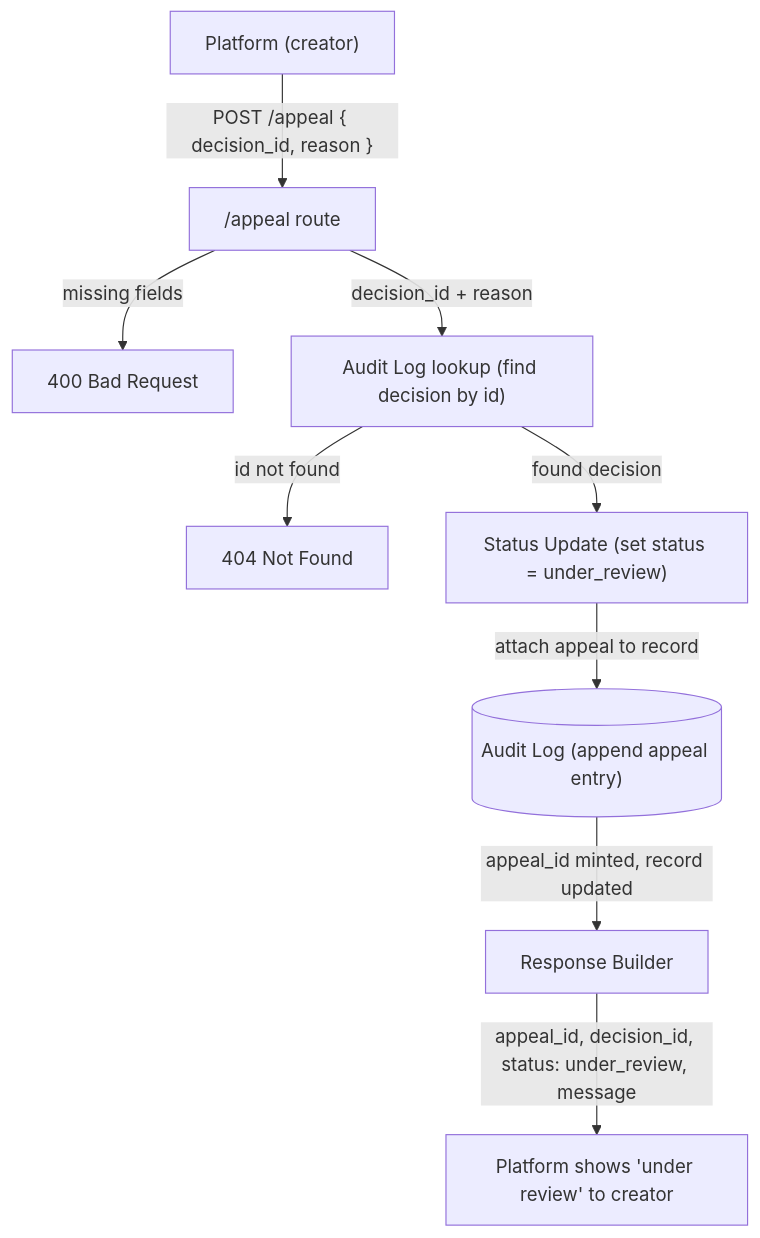
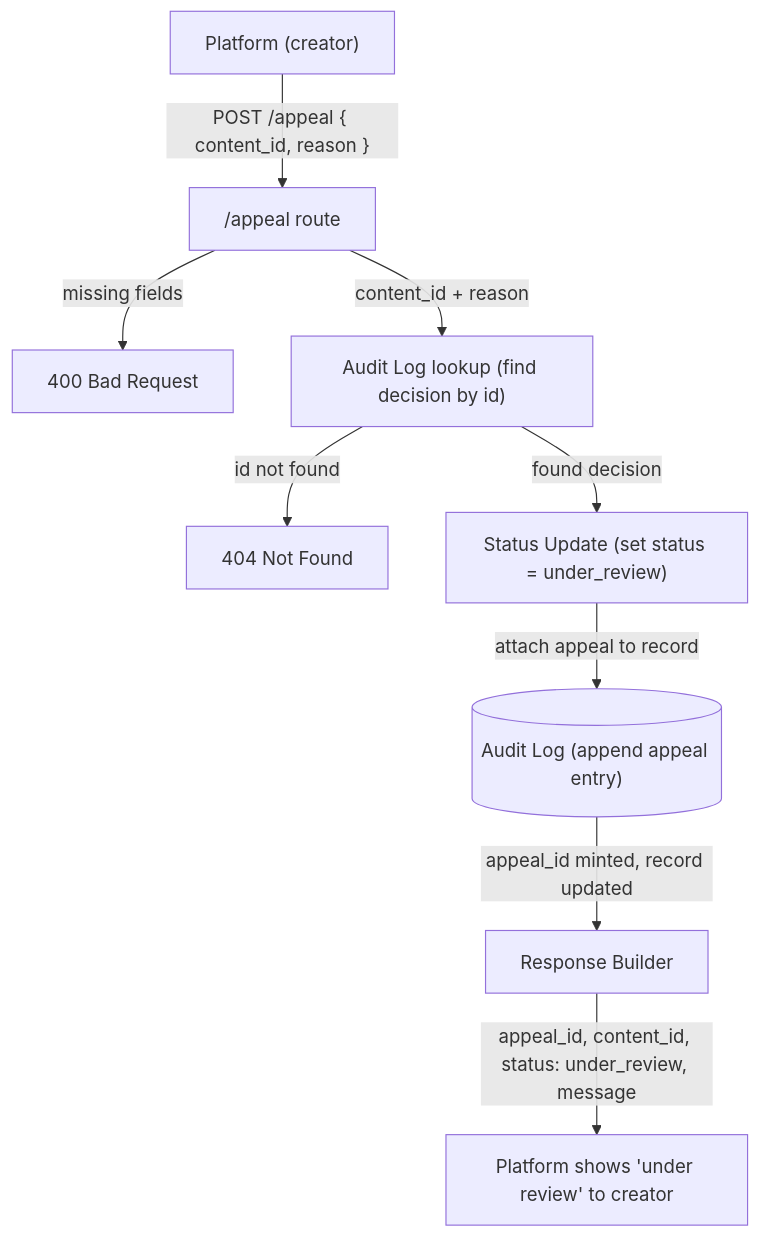
One commit to linneacastro/ai201-project4-provenance-guard changed the second of 2 diagrams in planning.md. Above: the diagram before and after it, drawn with Mermaid. The commit also changed other lines of this file and 5 other files, not shown here.

First line of the commit message:
Milestone 3: submission endpoint, first signal, and audit log

````diff
--- a/planning.md
+++ b/planning.md
@@ -158,11 +179,11 @@
 ```mermaid
 flowchart TD
-    P["Platform (creator)"] -->|"POST /appeal { decision_id, reason }"| A["/appeal route"]
+    P["Platform (creator)"] -->|"POST /appeal { content_id, reason }"| A["/appeal route"]
     A -->|"missing fields"| E400["400 Bad Request"]
-    A -->|"decision_id + reason"| L["Audit Log lookup (find decision by id)"]
+    A -->|"content_id + reason"| L["Audit Log lookup (find decision by id)"]
     L -->|"id not found"| E404["404 Not Found"]
     L -->|"found decision"| SU["Status Update (set status = under_review)"]
     SU -->|"attach appeal to record"| AL[("Audit Log (append appeal entry)")]
     AL -->|"appeal_id minted, record updated"| RB["Response Builder"]
-    RB -->|"appeal_id, decision_id, status: under_review, message"| RESP["Platform shows 'under review' to creator"]
+    RB -->|"appeal_id, content_id, status: under_review, message"| RESP["Platform shows 'under review' to creator"]
 ```
````
